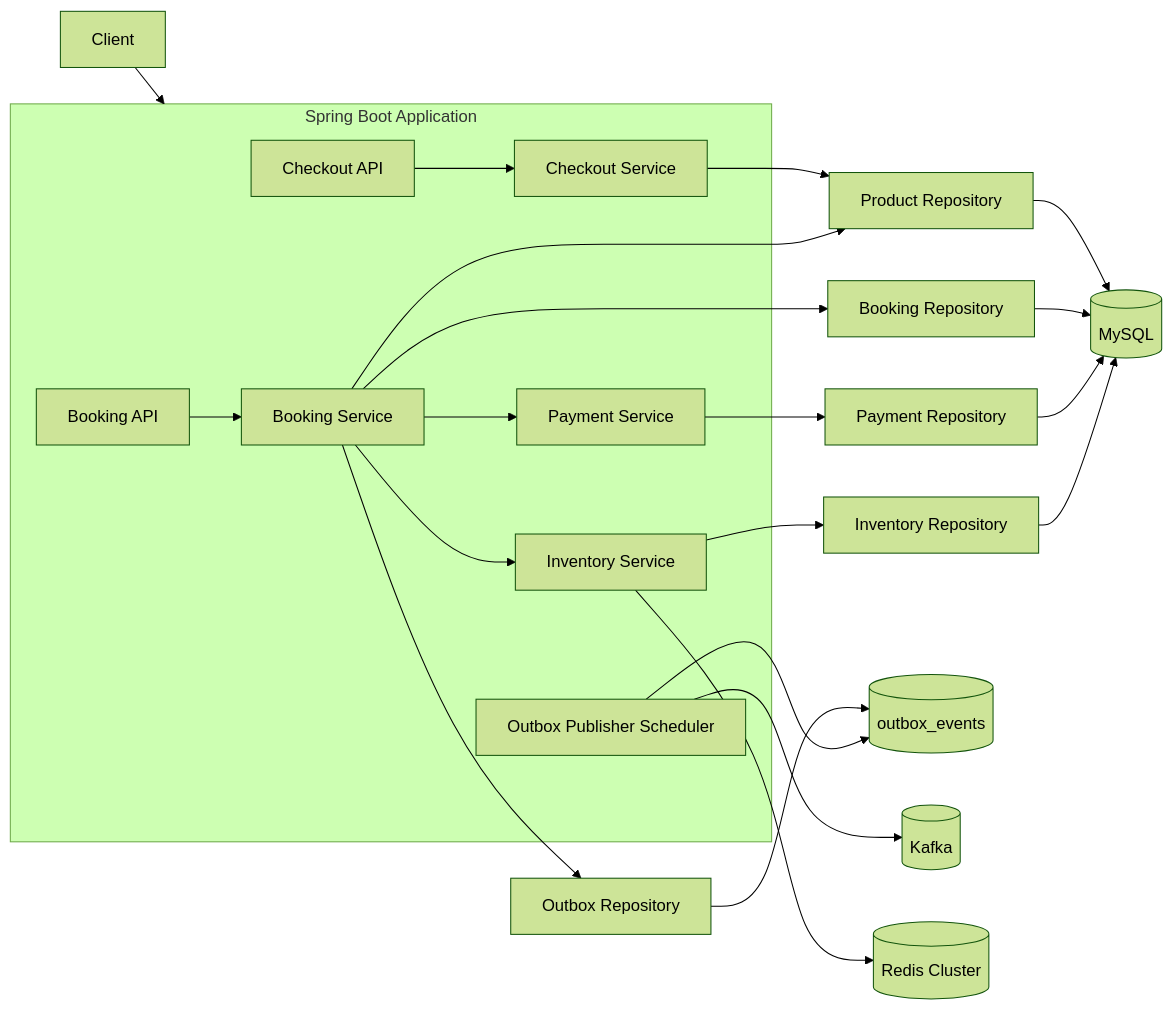
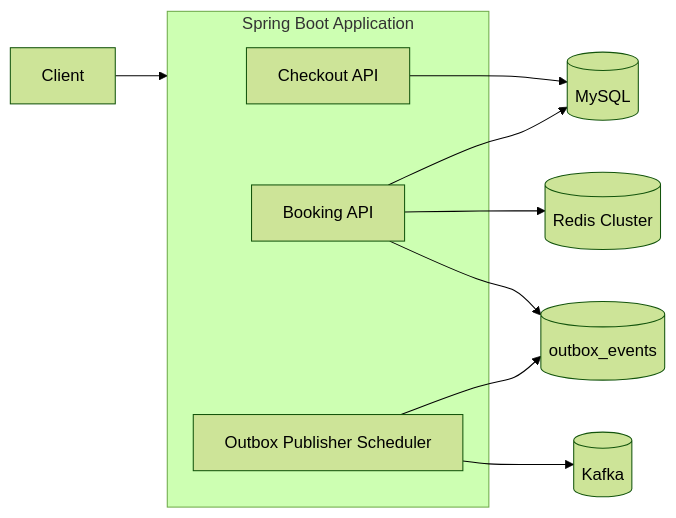
One commit to mosy2266/limited_reservation_system changed the first of 3 diagrams in README.md. Above: the diagram before and after it, drawn with Mermaid (forest theme). The commit also changed other lines of this file, not shown here.

````diff
--- a/README.md
+++ b/README.md
@@ -11,34 +11,17 @@
 ```mermaid
 flowchart LR
     Client[Client] --> App[Spring Boot Application]
 
     subgraph App[Spring Boot Application]
         CheckoutApi[Checkout API]
         BookingApi[Booking API]
-        CheckoutService[Checkout Service]
-        BookingService[Booking Service]
-        PaymentService[Payment Service]
-        InventoryService[Inventory Service]
         OutboxPublisher[Outbox Publisher Scheduler]
     end
 
-    CheckoutApi --> CheckoutService
-    BookingApi --> BookingService
-    CheckoutService --> ProductRepo[Product Repository]
-    BookingService --> ProductRepo
-    BookingService --> BookingRepo[Booking Repository]
-    BookingService --> PaymentService
-    BookingService --> InventoryService
-    BookingService --> OutboxRepo[Outbox Repository]
-    PaymentService --> PaymentRepo[Payment Repository]
-    InventoryService --> InventoryRepo[Inventory Repository]
-
-    ProductRepo --> MySQL[(MySQL)]
-    BookingRepo --> MySQL
-    PaymentRepo --> MySQL
-    InventoryRepo --> MySQL
-    OutboxRepo --> OutboxTable[(outbox_events)]
+    CheckoutApi --> MySQL[(MySQL)]
+    BookingApi --> Redis[(Redis Cluster)]
+    BookingApi --> MySQL
+    BookingApi --> OutboxTable[(outbox_events)]
     OutboxPublisher --> OutboxTable
     OutboxPublisher --> Kafka[(Kafka)]
-    InventoryService --> Redis[(Redis Cluster)]
 ```
````
